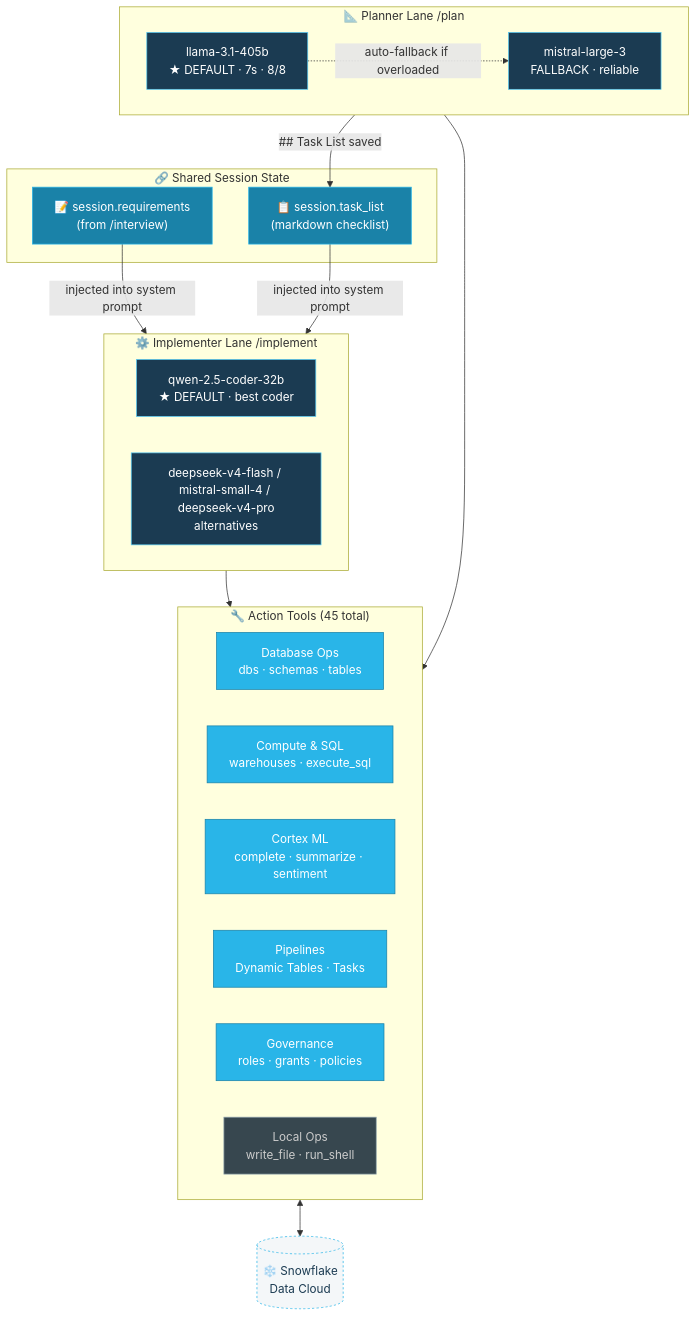
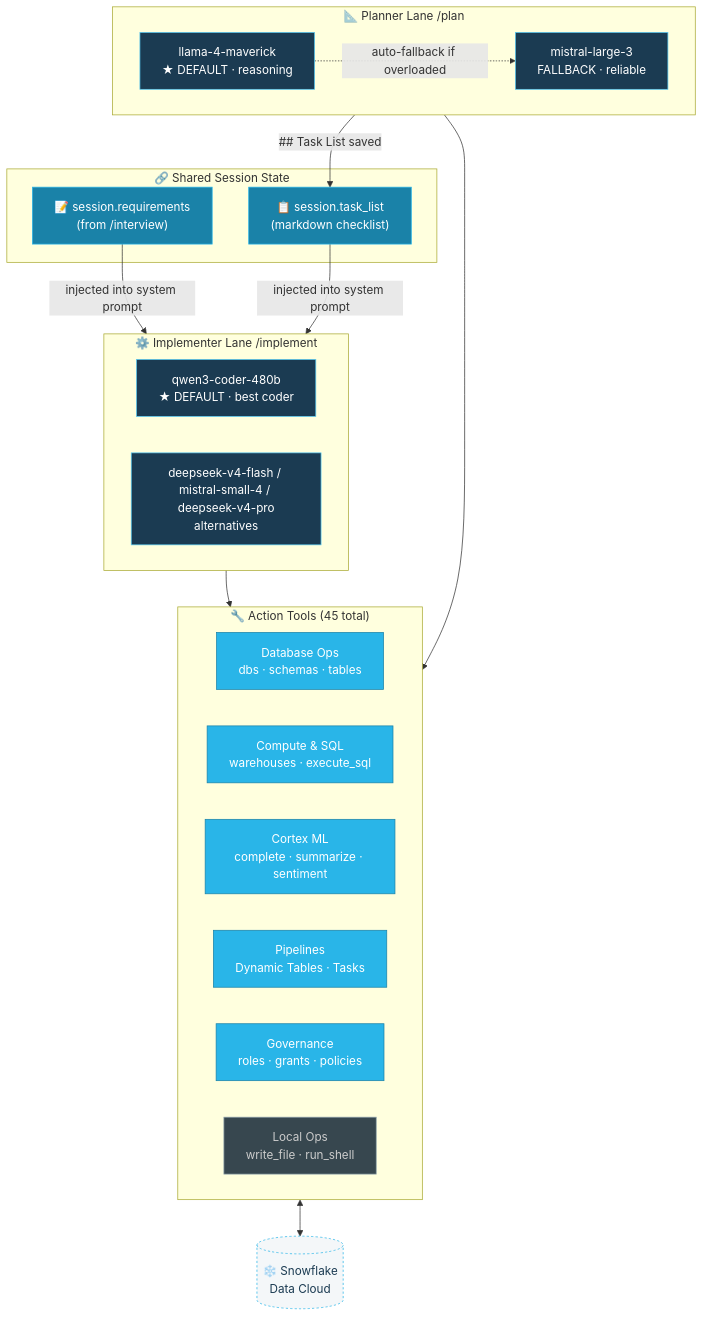
One commit to Jericho2010/TUI-snowNinja-cli changed the second of 5 diagrams in docs/ARCHITECTURE.md. Above: the diagram before and after it, drawn with Mermaid. The commit also changed other lines of this file and 4 other files, not shown here.

````diff
--- a/docs/ARCHITECTURE.md
+++ b/docs/ARCHITECTURE.md
@@ -55,43 +55,43 @@
 ```mermaid
 flowchart TD
     classDef lane fill:#0d2233,stroke:#29B5E8,color:#fff,font-weight:bold
     classDef model fill:#1B3B52,stroke:#56C9F2,color:#fff
     classDef shared fill:#1A82A8,stroke:#29B5E8,color:#fff
     classDef tool fill:#29B5E8,stroke:#1A82A8,color:#fff
     classDef snow fill:#F4F7F9,stroke:#29B5E8,color:#1B3B52,stroke-dasharray:3
     classDef local fill:#37474f,stroke:#90a4ae,color:#ccc
 
     subgraph PLANNER ["📐 Planner Lane  /plan"]
-        PM["llama-3.1-405b\n★ DEFAULT · 7s · 8/8"]:::model
+        PM["llama-4-maverick\n★ DEFAULT · reasoning"]:::model
         PF["mistral-large-3\nFALLBACK · reliable"]:::model
         PM -.->|"auto-fallback if overloaded"| PF
     end
 
     subgraph IMPL ["⚙️ Implementer Lane  /implement"]
-        IM["qwen-2.5-coder-32b\n★ DEFAULT · best coder"]:::model
+        IM["qwen3-coder-480b\n★ DEFAULT · best coder"]:::model
         IM2["deepseek-v4-flash / mistral-small-4 / deepseek-v4-pro\nalternatives"]:::model
     end
 
     subgraph SHARED ["🔗 Shared Session State"]
         TL["📋 session.task_list\n(markdown checklist)"]:::shared
         REQ["📝 session.requirements\n(from /interview)"]:::shared
     end
 
     subgraph TOOLS ["🔧 Action Tools (45 total)"]
         T1["Database Ops\ndbs · schemas · tables"]:::tool
         T2["Compute & SQL\nwarehouses · execute_sql"]:::tool
         T3["Cortex ML\ncomplete · summarize · sentiment"]:::tool
         T4["Pipelines\nDynamic Tables · Tasks"]:::tool
         T5["Governance\nroles · grants · policies"]:::tool
         T6["Local Ops\nwrite_file · run_shell"]:::local
     end
 
     SNOW[("❄️ Snowflake\nData Cloud")]:::snow
 
     PLANNER -->|"## Task List saved"| TL
     REQ -->|"injected into system prompt"| IMPL
     TL -->|"injected into system prompt"| IMPL
     IMPL --> TOOLS
     PLANNER --> TOOLS
     TOOLS <--> SNOW
 ```
````
